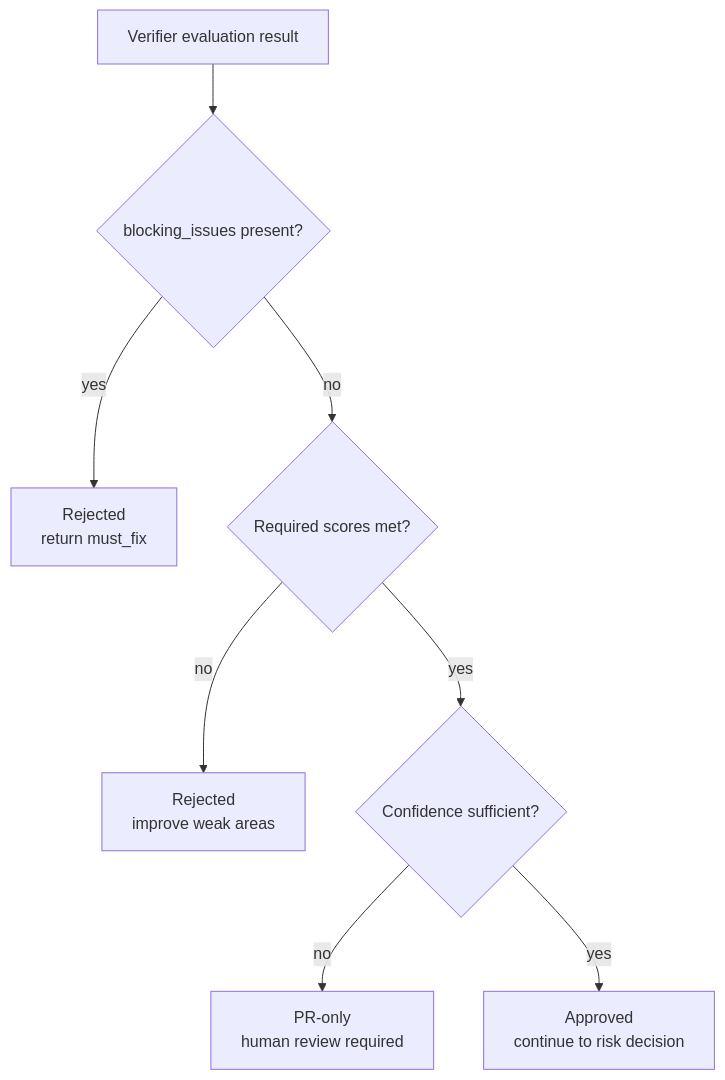
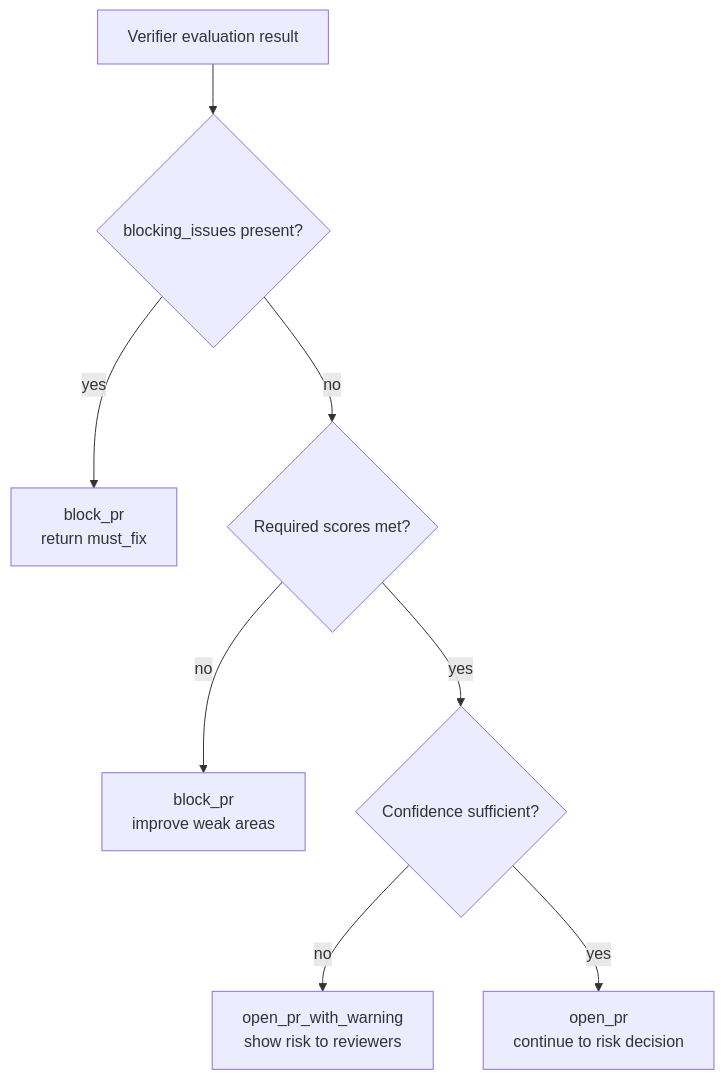
The ninth of 10 diagrams in docs/architecture.md (kaizen-agents-org/.github), drawn with Mermaid before and after one commit. The commit also changed other lines of this file and 10 other files, not shown here.

````diff
--- a/docs/architecture.md
+++ b/docs/architecture.md
@@ -271,13 +271,13 @@
 ```mermaid
 flowchart TB
     Result["Verifier evaluation result"] --> Blocking{"blocking_issues present?"}
 
-    Blocking -->|yes| MustFix["Rejected<br/>return must_fix"]
+    Blocking -->|yes| MustFix["block_pr<br/>return must_fix"]
     Blocking -->|no| Scores{"Required scores met?"}
 
-    Scores -->|no| Improve["Rejected<br/>improve weak areas"]
+    Scores -->|no| Improve["block_pr<br/>improve weak areas"]
     Scores -->|yes| Confidence{"Confidence sufficient?"}
 
-    Confidence -->|no| PROnly["PR-only<br/>human review required"]
-    Confidence -->|yes| Approved["Approved<br/>continue to risk decision"]
+    Confidence -->|no| Warning["open_pr_with_warning<br/>show risk to reviewers"]
+    Confidence -->|yes| OpenPR["open_pr<br/>continue to risk decision"]
 ```
````
